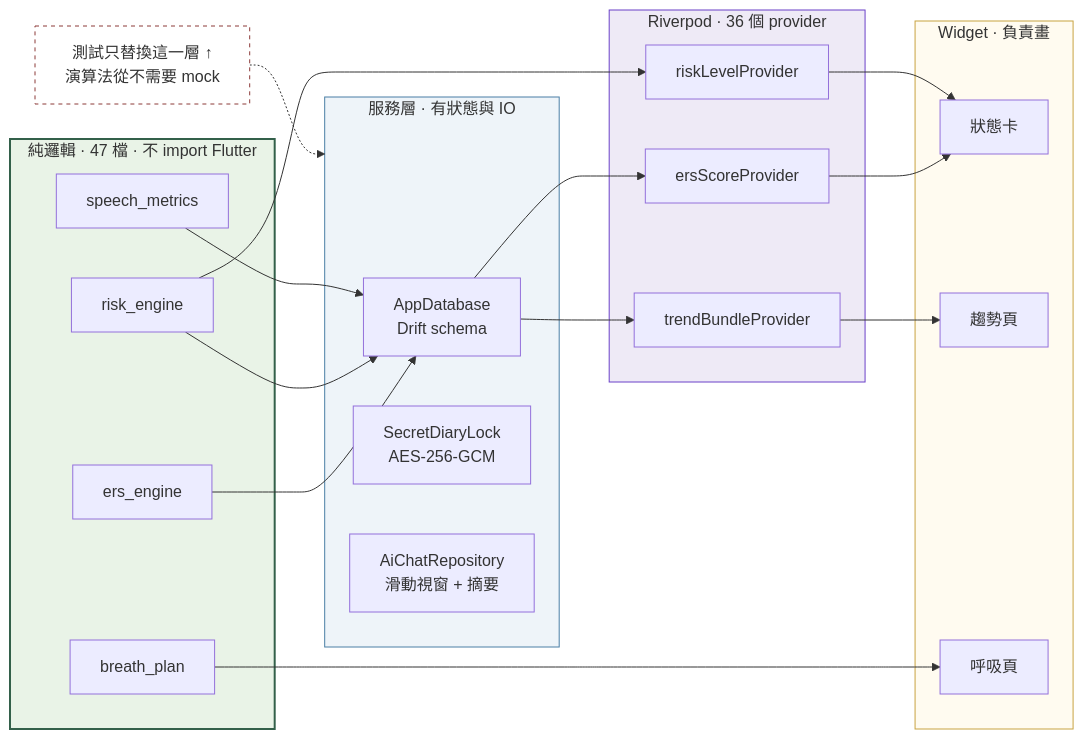
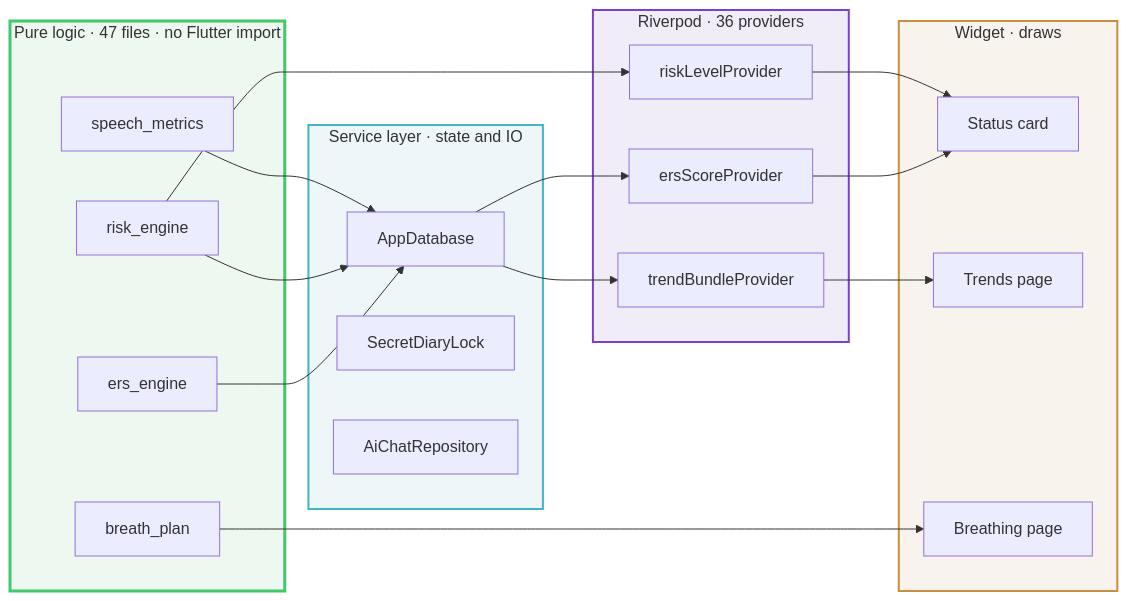
Before and after one commit to acacapcs-star/lii: the third of 3 diagrams in README.md, drawn with Mermaid. The commit also changed other lines of this file and 1 other file, not shown here.

Commit message:
docs: diagrams use the app palette, strictly bilingual

````diff
--- a/README.md
+++ b/README.md
@@ -829,47 +770,43 @@
 ```mermaid
 flowchart LR
-    subgraph PURE["純邏輯 · 47 檔 · 不 import Flutter"]
+    subgraph PURE["Pure logic · 47 files · no Flutter import"]
         P1["ers_engine"]
         P2["risk_engine"]
         P3["breath_plan"]
         P4["speech_metrics"]
     end
 
-    subgraph SVC["服務層 · 有狀態與 IO"]
-        S1["AppDatabase<br/>Drift schema"]
-        S2["SecretDiaryLock<br/>AES-256-GCM"]
-        S3["AiChatRepository<br/>滑動視窗 + 摘要"]
+    subgraph SVC["Service layer · state and IO"]
+        S1["AppDatabase"]
+        S2["SecretDiaryLock"]
+        S3["AiChatRepository"]
     end
 
-    subgraph RIV["Riverpod · 36 個 provider"]
+    subgraph RIV["Riverpod · 36 providers"]
         R1["ersScoreProvider"]
         R2["riskLevelProvider"]
         R3["trendBundleProvider"]
     end
 
-    subgraph UI["Widget · 負責畫"]
-        U1["狀態卡"]
-        U2["趨勢頁"]
-        U3["呼吸頁"]
+    subgraph UI["Widget · draws"]
+        U1["Status card"]
+        U2["Trends page"]
+        U3["Breathing page"]
     end
 
     P1 --> S1
     P2 --> S1
     P4 --> S1
     S1 --> R1
     S1 --> R3
     P2 --> R2
     R1 --> U1
     R2 --> U1
     R3 --> U2
     P3 --> U3
 
-    TEST["測試只替換這一層 ↑<br/>演算法從不需要 mock"]
-    TEST -.-> SVC
-
-    style PURE fill:#e9f3e7,stroke:#33604a,stroke-width:2px
-    style SVC fill:#eef4f9,stroke:#4a7fa5
-    style RIV fill:#eeeaf6,stroke:#6a41c8
-    style UI fill:#fffbf0,stroke:#c8a341
-    style TEST fill:#fff,stroke:#8c3b39,stroke-dasharray: 4 4
+    style PURE fill:#EDF8F0,stroke:#41C86A,stroke-width:3px
+    style SVC fill:#EDF6F8,stroke:#41B4C8,stroke-width:2px
+    style RIV fill:#F1EDF8,stroke:#7C41C8,stroke-width:2px
+    style UI fill:#F8F3ED,stroke:#C88E41,stroke-width:2px
 ```
````
